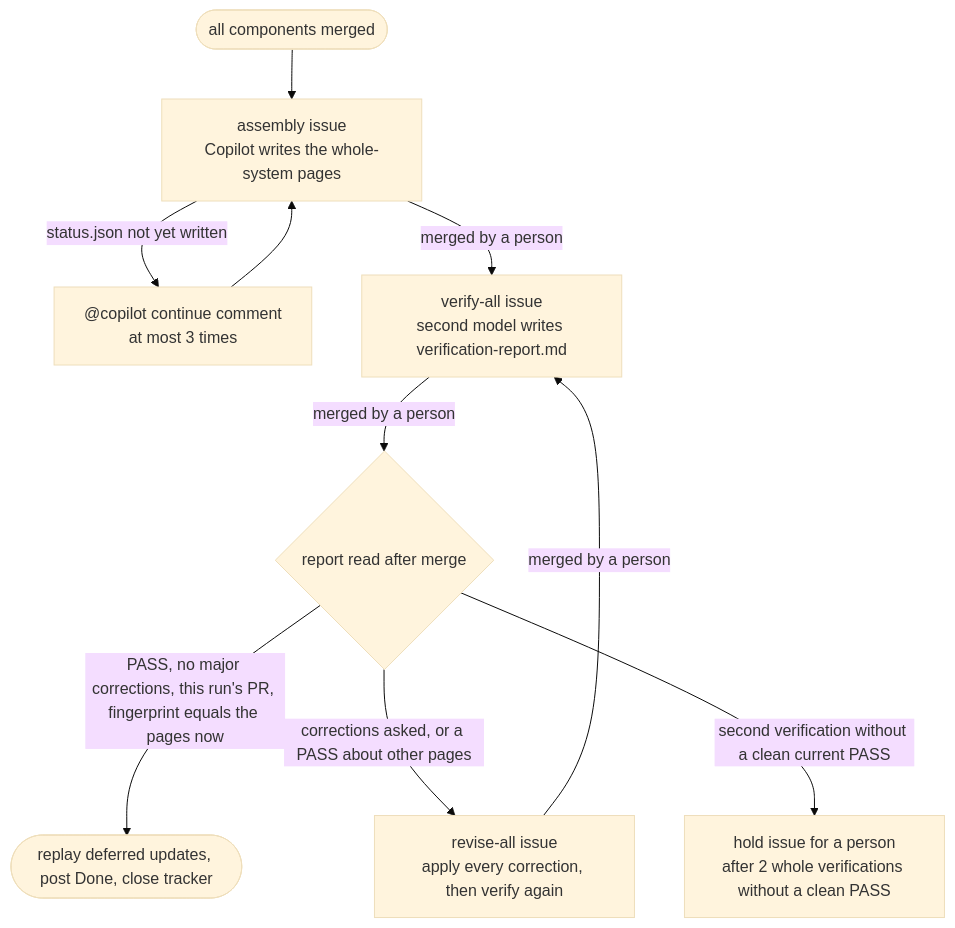
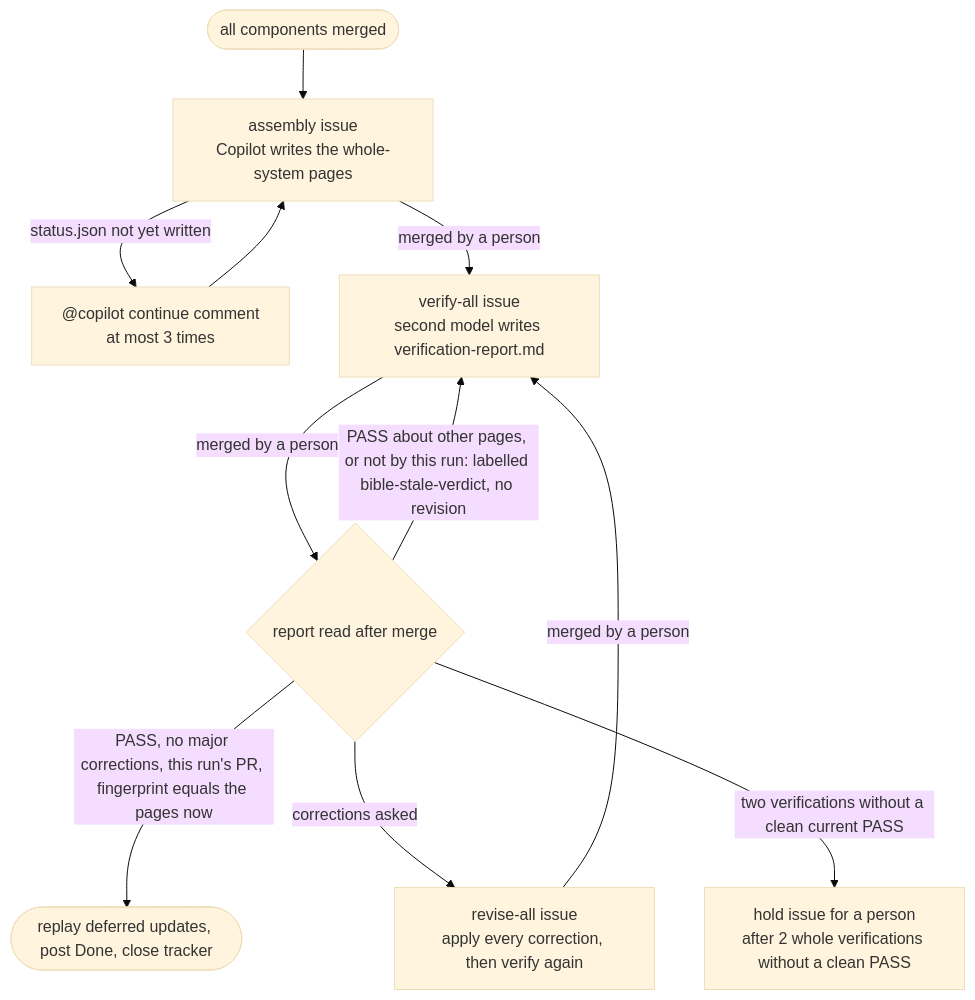
Before and after one commit to vishalc412/bible-mode-b-test: the fourth of 5 diagrams in codebase-analysis/lld/bible-mode-b/README.md, drawn with Mermaid (base theme). The commit also changed other lines of this file and 32 other files, not shown here.

First line of the commit message:
fix(analysis): apply the round-4 verification's corrections (stand-in for Copilot)

````diff
--- a/codebase-analysis/lld/bible-mode-b/README.md
+++ b/codebase-analysis/lld/bible-mode-b/README.md
@@ -144,20 +144,21 @@
 ```mermaid
 flowchart TB
   start(["all components merged"])
   assemble["assembly issue<br/>Copilot writes the whole-system pages"]
   cont["@copilot continue comment<br/>at most 3 times"]
   verify["verify-all issue<br/>second model writes verification-report.md"]
   verdict{"report read after merge"}
   revise["revise-all issue<br/>apply every correction, then verify again"]
   hold["hold issue for a person<br/>after 2 whole verifications without a clean PASS"]
   done(["replay deferred updates, post Done, close tracker"])
   start --> assemble
   assemble -->|"status.json not yet written"| cont
   cont --> assemble
   assemble -->|"merged by a person"| verify
   verify -->|"merged by a person"| verdict
   verdict -->|"PASS, no major corrections, this run's PR, fingerprint equals the pages now"| done
-  verdict -->|"corrections asked, or a PASS about other pages"| revise
+  verdict -->|"corrections asked"| revise
   revise -->|"merged by a person"| verify
-  verdict -->|"second verification without a clean current PASS"| hold
+  verdict -->|"PASS about other pages, or not by this run: labelled bible-stale-verdict, no revision"| verify
+  verdict -->|"two verifications without a clean current PASS"| hold
 ```
````
